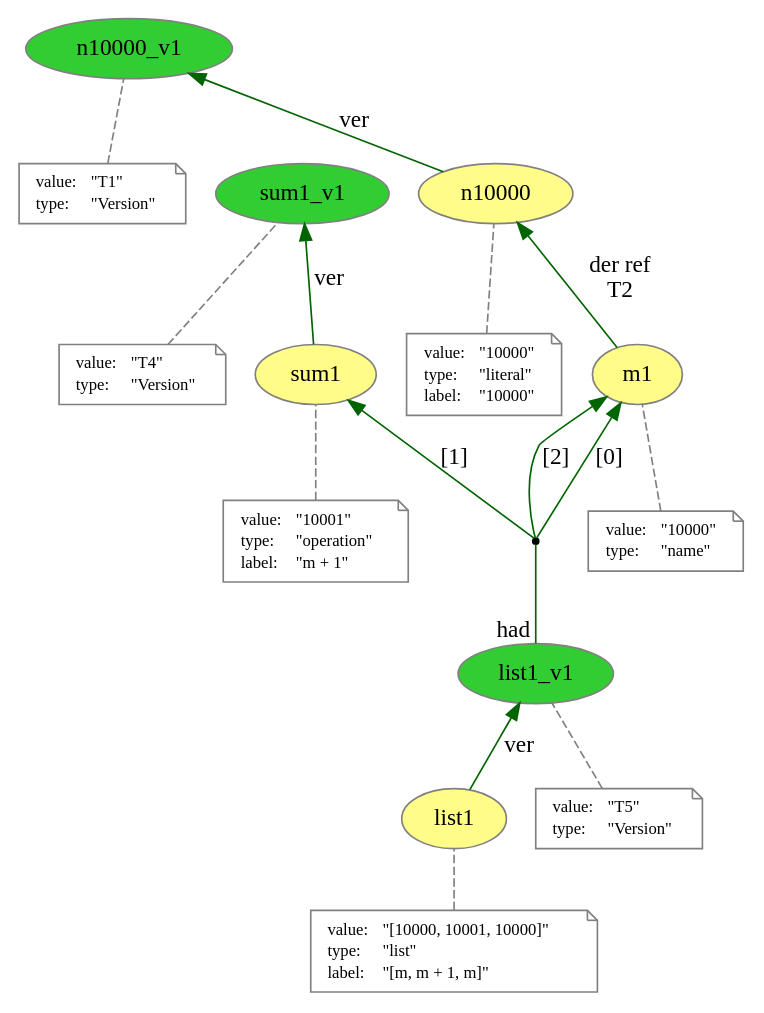
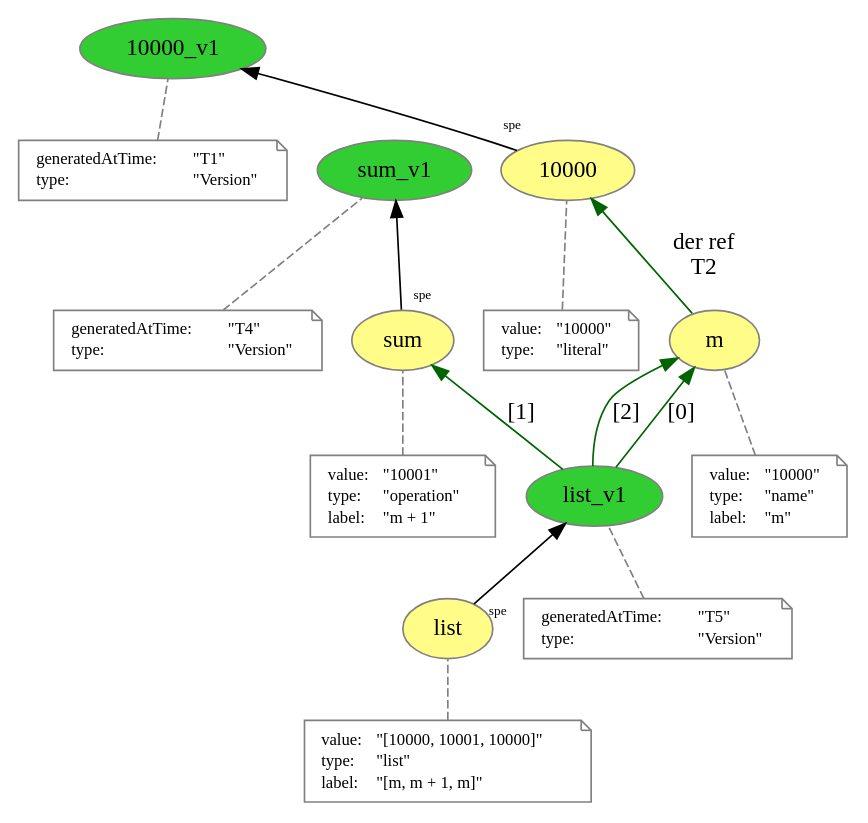
The diagram in explicit_versioned/list.dot (dew-uff/versioned-prov), drawn with Graphviz before and after one commit. The commit also changed 53 other files, not shown here.

```diff
--- a/explicit_versioned/list.dot
+++ b/explicit_versioned/list.dot
@@ -1,108 +1,106 @@
 digraph "PROV" { size="16,12"; rankdir="BT";
-"http://example.org/n10000" [fillcolor="#FFFC87",color="#808080",style="filled",label="n10000",URL="http://example.org/n10000"]
+"http://example.org/10000" [fillcolor="#FFFC87",color="#808080",style="filled",label="10000",URL="http://example.org/10000"]
 "-attrs0" [color="gray",shape="note",fontsize="10",fontcolor="black",label=<<TABLE cellpadding="0" border="0">
 	<TR>
 	    <TD align="left">value:</TD>
 	    <TD align="left">&quot;10000&quot;</TD>
 	</TR>
 	<TR>
 	    <TD align="left">type:</TD>
 	    <TD align="left">&quot;literal&quot;</TD>
 	</TR>
-	<TR>
-	    <TD align="left">label:</TD>
-	    <TD align="left">&quot;10000&quot;</TD>
-	</TR>
 </TABLE>>]
-"-attrs0" -> "http://example.org/n10000" [color="gray",style="dashed",arrowhead="none"]
-"http://example.org/n10000_v1" [fillcolor="#32CD32",color="#808080",style="filled",label="n10000_v1",URL="http://example.org/n10000_v1"]
+"-attrs0" -> "http://example.org/10000" [color="gray",style="dashed",arrowhead="none"]
+"http://example.org/10000_v1" [fillcolor="#32CD32",color="#808080",style="filled",label="10000_v1",URL="http://example.org/10000_v1"]
 "-attrs1" [color="gray",shape="note",fontsize="10",fontcolor="black",label=<<TABLE cellpadding="0" border="0">
 	<TR>
-	    <TD align="left">value:</TD>
+	    <TD align="left">generatedAtTime:</TD>
 	    <TD align="left">&quot;T1&quot;</TD>
 	</TR>
 	<TR>
 	    <TD align="left">type:</TD>
 	    <TD align="left">&quot;Version&quot;</TD>
 	</TR>
 </TABLE>>]
-"-attrs1" -> "http://example.org/n10000_v1" [color="gray",style="dashed",arrowhead="none"]
-"http://example.org/n10000" -> "http://example.org/n10000_v1" [labelfontsize="8",labeldistance="1.5",color="darkgreen",labelangle="60.0",rotation="20",label="ver"]
-"http://example.org/m1" [fillcolor="#FFFC87",color="#808080",style="filled",label="m1",URL="http://example.org/m1"]
+"-attrs1" -> "http://example.org/10000_v1" [color="gray",style="dashed",arrowhead="none"]
+"http://example.org/10000" -> "http://example.org/10000_v1" [labelfontsize="8",labeldistance="1.5",labelangle="60.0",rotation="20",taillabel="spe"]
+"http://example.org/m" [fillcolor="#FFFC87",color="#808080",style="filled",label="m",URL="http://example.org/m"]
 "-attrs2" [color="gray",shape="note",fontsize="10",fontcolor="black",label=<<TABLE cellpadding="0" border="0">
 	<TR>
 	    <TD align="left">value:</TD>
 	    <TD align="left">&quot;10000&quot;</TD>
 	</TR>
 	<TR>
 	    <TD align="left">type:</TD>
 	    <TD align="left">&quot;name&quot;</TD>
 	</TR>
+	<TR>
+	    <TD align="left">label:</TD>
+	    <TD align="left">&quot;m&quot;</TD>
+	</TR>
 </TABLE>>]
-"-attrs2" -> "http://example.org/m1" [color="gray",style="dashed",arrowhead="none"]
-"http://example.org/m1" -> "http://example.org/n10000" [labelfontsize="8",labeldistance="1.5",color="darkgreen",labelangle="60.0",rotation="20",label="der ref
+"-attrs2" -> "http://example.org/m" [color="gray",style="dashed",arrowhead="none"]
+"http://example.org/m" -> "http://example.org/10000" [labelfontsize="8",labeldistance="1.5",color="darkgreen",labelangle="60.0",rotation="20",label="der ref
 T2"]
-"http://example.org/sum1" [fillcolor="#FFFC87",color="#808080",style="filled",label="sum1",URL="http://example.org/sum1"]
+"http://example.org/sum" [fillcolor="#FFFC87",color="#808080",style="filled",label="sum",URL="http://example.org/sum"]
 "-attrs3" [color="gray",shape="note",fontsize="10",fontcolor="black",label=<<TABLE cellpadding="0" border="0">
 	<TR>
 	    <TD align="left">value:</TD>
 	    <TD align="left">&quot;10001&quot;</TD>
 	</TR>
 	<TR>
 	    <TD align="left">type:</TD>
 	    <TD align="left">&quot;operation&quot;</TD>
 	</TR>
 	<TR>
 	    <TD align="left">label:</TD>
 	    <TD align="left">&quot;m + 1&quot;</TD>
 	</TR>
 </TABLE>>]
-"-attrs3" -> "http://example.org/sum1" [color="gray",style="dashed",arrowhead="none"]
-"http://example.org/sum1_v1" [fillcolor="#32CD32",color="#808080",style="filled",label="sum1_v1",URL="http://example.org/sum1_v1"]
+"-attrs3" -> "http://example.org/sum" [color="gray",style="dashed",arrowhead="none"]
+"http://example.org/sum_v1" [fillcolor="#32CD32",color="#808080",style="filled",label="sum_v1",URL="http://example.org/sum_v1"]
 "-attrs4" [color="gray",shape="note",fontsize="10",fontcolor="black",label=<<TABLE cellpadding="0" border="0">
 	<TR>
-	    <TD align="left">value:</TD>
+	    <TD align="left">generatedAtTime:</TD>
 	    <TD align="left">&quot;T4&quot;</TD>
 	</TR>
 	<TR>
 	    <TD align="left">type:</TD>
 	    <TD align="left">&quot;Version&quot;</TD>
 	</TR>
 </TABLE>>]
-"-attrs4" -> "http://example.org/sum1_v1" [color="gray",style="dashed",arrowhead="none"]
-"http://example.org/sum1" -> "http://example.org/sum1_v1" [labelfontsize="8",labeldistance="1.5",color="darkgreen",labelangle="60.0",rotation="20",label="ver"]
-"http://example.org/list1" [fillcolor="#FFFC87",color="#808080",style="filled",label="list1",URL="http://example.org/list1"]
+"-attrs4" -> "http://example.org/sum_v1" [color="gray",style="dashed",arrowhead="none"]
+"http://example.org/sum" -> "http://example.org/sum_v1" [labelfontsize="8",labeldistance="1.5",labelangle="60.0",rotation="20",taillabel="spe"]
+"http://example.org/list" [fillcolor="#FFFC87",color="#808080",style="filled",label="list",URL="http://example.org/list"]
 "-attrs5" [color="gray",shape="note",fontsize="10",fontcolor="black",label=<<TABLE cellpadding="0" border="0">
 	<TR>
 	    <TD align="left">value:</TD>
 	    <TD align="left">&quot;[10000, 10001, 10000]&quot;</TD>
 	</TR>
 	<TR>
 	    <TD align="left">type:</TD>
 	    <TD align="left">&quot;list&quot;</TD>
 	</TR>
 	<TR>
 	    <TD align="left">label:</TD>
 	    <TD align="left">&quot;[m, m + 1, m]&quot;</TD>
 	</TR>
 </TABLE>>]
-"-attrs5" -> "http://example.org/list1" [color="gray",style="dashed",arrowhead="none"]
-"http://example.org/list1_v1" [fillcolor="#32CD32",color="#808080",style="filled",label="list1_v1",URL="http://example.org/list1_v1"]
+"-attrs5" -> "http://example.org/list" [color="gray",style="dashed",arrowhead="none"]
+"http://example.org/list_v1" [fillcolor="#32CD32",color="#808080",style="filled",label="list_v1",URL="http://example.org/list_v1"]
 "-attrs6" [color="gray",shape="note",fontsize="10",fontcolor="black",label=<<TABLE cellpadding="0" border="0">
 	<TR>
-	    <TD align="left">value:</TD>
+	    <TD align="left">generatedAtTime:</TD>
 	    <TD align="left">&quot;T5&quot;</TD>
 	</TR>
 	<TR>
 	    <TD align="left">type:</TD>
 	    <TD align="left">&quot;Version&quot;</TD>
 	</TR>
 </TABLE>>]
-"-attrs6" -> "http://example.org/list1_v1" [color="gray",style="dashed",arrowhead="none"]
-"http://example.org/list1" -> "http://example.org/list1_v1" [labelfontsize="8",labeldistance="1.5",color="darkgreen",labelangle="60.0",rotation="20",label="ver"]
-"bn0" [shape="point",label=""]
-"http://example.org/list1_v1" -> "bn0" [arrowhead="none",taillabel="had",color="darkgreen"]
-"bn0" -> "http://example.org/m1" [labelfontsize="8",labeldistance="1.5",color="darkgreen",labelangle="60.0",rotation="20",label="[0]"]
-"bn0" -> "http://example.org/sum1" [labelfontsize="8",labeldistance="1.5",color="darkgreen",labelangle="60.0",rotation="20",label="[1]"]
-"bn0" -> "http://example.org/m1" [labelfontsize="8",labeldistance="1.5",color="darkgreen",labelangle="60.0",rotation="20",label="[2]"]
+"-attrs6" -> "http://example.org/list_v1" [color="gray",style="dashed",arrowhead="none"]
+"http://example.org/list" -> "http://example.org/list_v1" [labelfontsize="8",labeldistance="1.5",labelangle="60.0",rotation="20",taillabel="spe"]
+"http://example.org/list_v1" -> "http://example.org/m" [labelfontsize="8",labeldistance="1.5",color="darkgreen",labelangle="60.0",rotation="20",label="[0]"]
+"http://example.org/list_v1" -> "http://example.org/sum" [labelfontsize="8",labeldistance="1.5",color="darkgreen",labelangle="60.0",rotation="20",label="[1]"]
+"http://example.org/list_v1" -> "http://example.org/m" [labelfontsize="8",labeldistance="1.5",color="darkgreen",labelangle="60.0",rotation="20",label="[2]"]
 }
```
